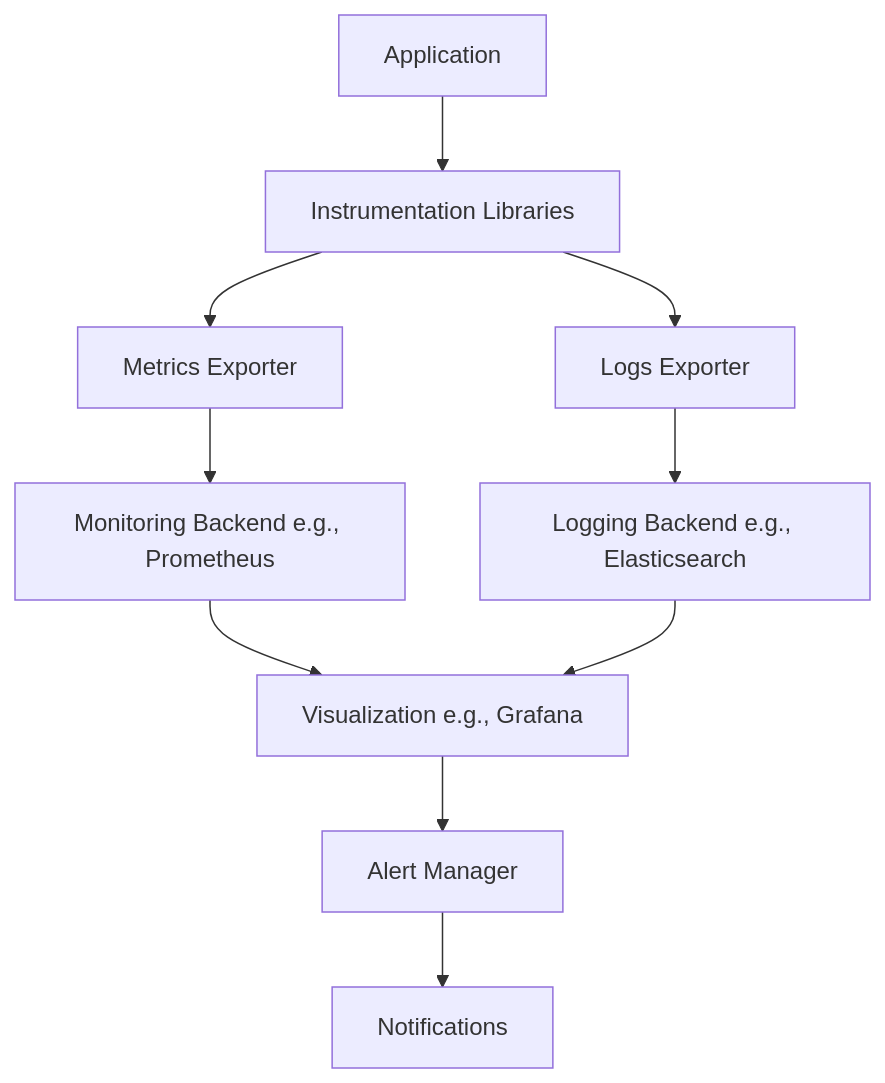
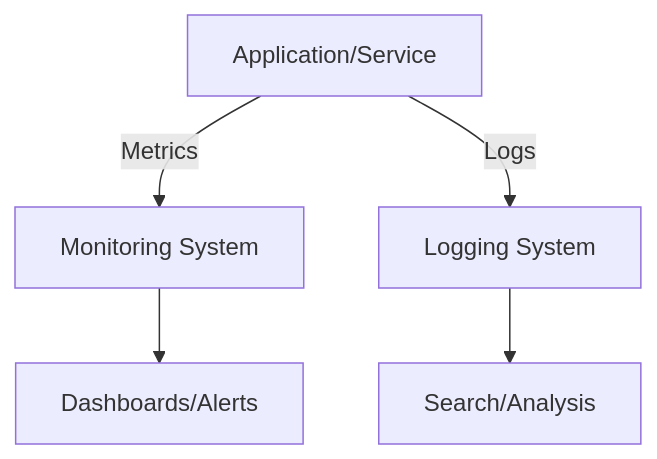
Before and after one commit to VrushankPatel/interview-matters: the diagram in monitoring-and-logging/README.md, drawn with Mermaid. The commit also changed other lines of this file and 9 other files, not shown here.

Commit message:
kb: add/update topics Monitoring and Logging, Async Logging, DevOps & Infrastructure as Code, Proxy Forward and Reverse, Load Balancing and Strategies

````diff
--- a/monitoring-and-logging/README.md
+++ b/monitoring-and-logging/README.md
@@ -41,12 +33,7 @@
 ```mermaid
-flowchart TD
-    A[Application] --> B[Instrumentation Libraries]
-    B --> C[Metrics Exporter]
-    B --> D[Logs Exporter]
-    C --> E[Monitoring Backend e.g., Prometheus]
-    D --> F[Logging Backend e.g., Elasticsearch]
-    E --> G[Visualization e.g., Grafana]
-    F --> G
-    G --> H[Alert Manager]
-    H --> I[Notifications]
+graph TD
+    A[Application/Service] -->|Metrics| B[Monitoring System]
+    A -->|Logs| C[Logging System]
+    B --> D[Dashboards/Alerts]
+    C --> E[Search/Analysis]
 ```
````
